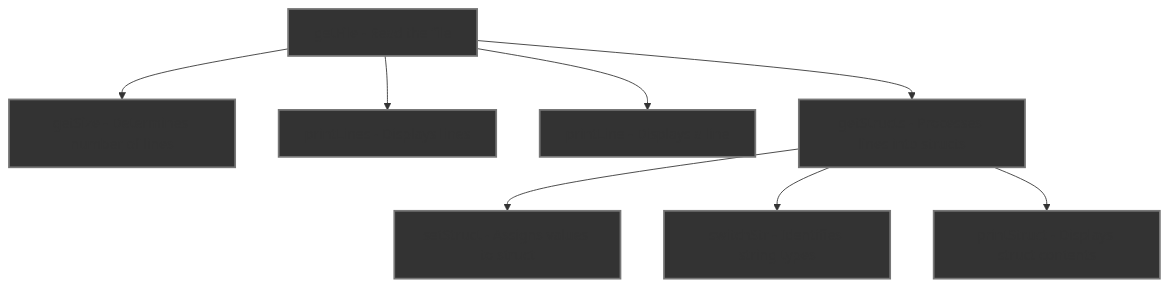
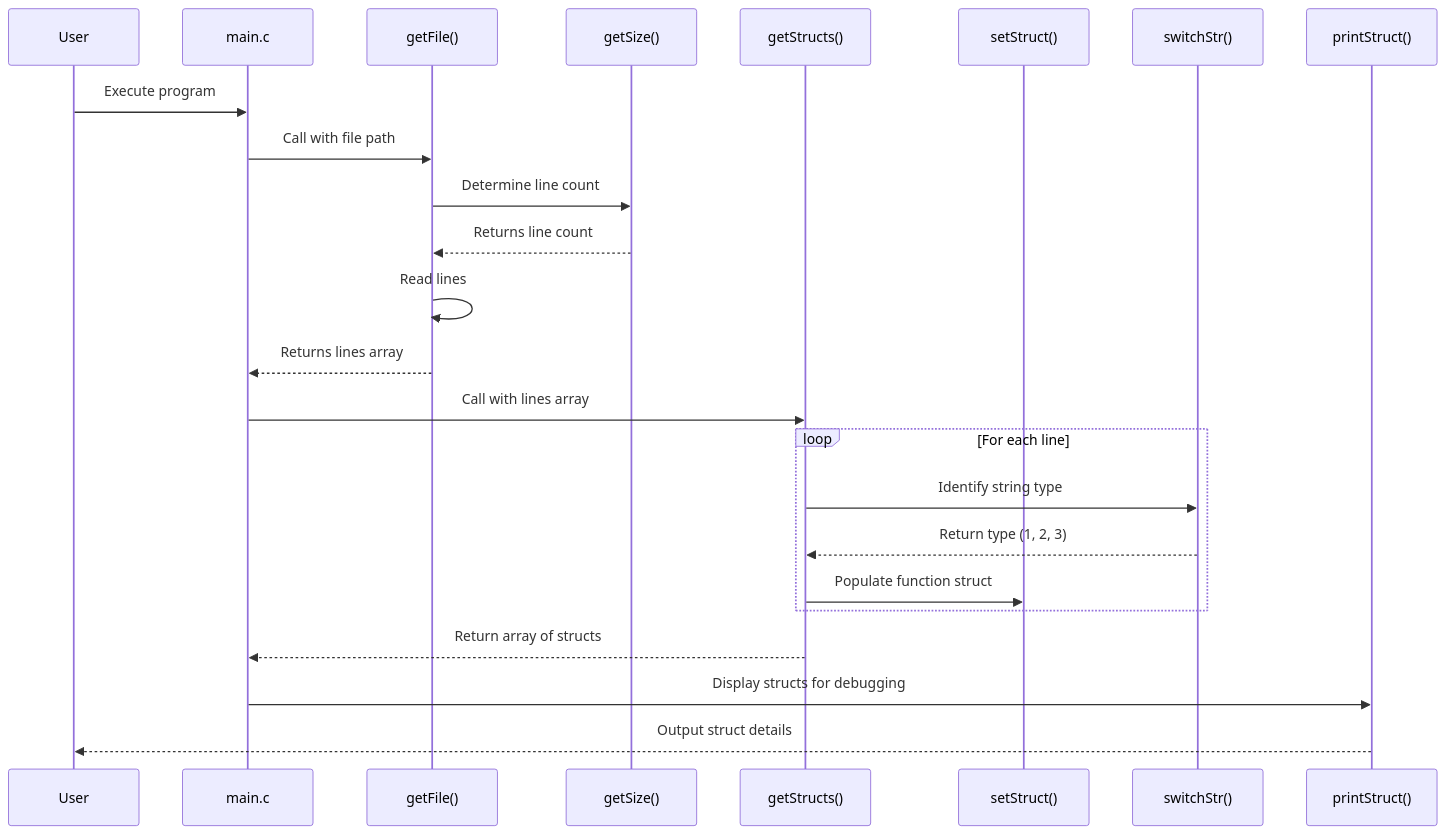
Before and after one commit to algosup/2023-2024-project-3-virtual-processor-team-8: the first of 6 diagrams in Documents/Technical-Specification.md, drawn with Mermaid. The commit also changed other lines of this file, not shown here.

````diff
--- a/Documents/Technical-Specification.md
+++ b/Documents/Technical-Specification.md
@@ -793,14 +804,27 @@
 ```mermaid
-graph TD
-    getFile["getFile - Read the file"] --> getSize["getSize - Determines number of lines"]
-    getFile --> printLines["printLines - Displays lines"]
-    getFile --> printLine["printLine - Displays a line"]
-    getFile --> getStructs["getStructs - Processes lines into structs"]
+sequenceDiagram
+    participant User as User
+    participant main as main.c
+    participant getFile as getFile()
+    participant getSize as getSize()
+    participant getStructs as getStructs()
+    participant setStruct as setStruct()
+    participant switchStr as switchStr()
+    participant printStruct as printStruct()
 
-    getStructs --> setStruct["setStruct - Assigns values to struct"]
-    getStructs --> switchStr["switchStr - Identifies string types"]
-    getStructs --> printStruct["printStruct - Displays struct contents"]
-
-    classDef function fill:#333,stroke:#777,stroke-width:2px;
-    class getFile,getSize,printLines,printLine,getStructs,setStruct,switchStr,printStruct function;
+    User->>main: Execute program
+    main->>getFile: Call with file path
+    getFile->>getSize: Determine line count
+    getSize-->>getFile: Returns line count
+    getFile->>getFile: Read lines
+    getFile-->>main: Returns lines array
+    main->>getStructs: Call with lines array
+    loop For each line
+        getStructs->>switchStr: Identify string type
+        switchStr-->>getStructs: Return type (1, 2, 3)
+        getStructs->>setStruct: Populate function struct
+    end
+    getStructs-->>main: Return array of structs
+    main->>printStruct: Display structs for debugging
+    printStruct-->>User: Output struct details
 ```
````
